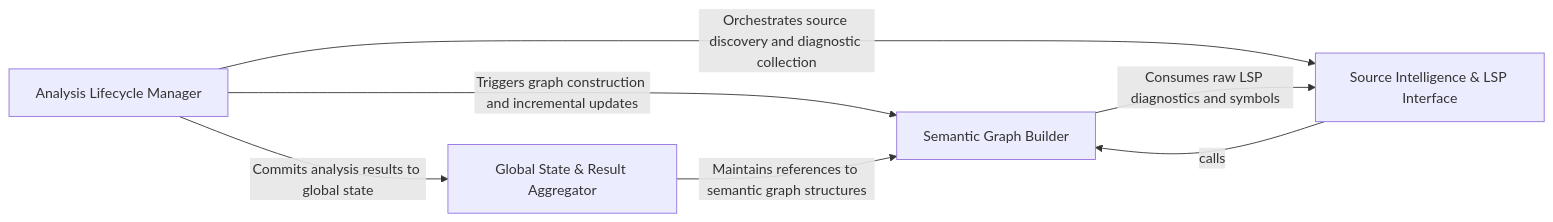
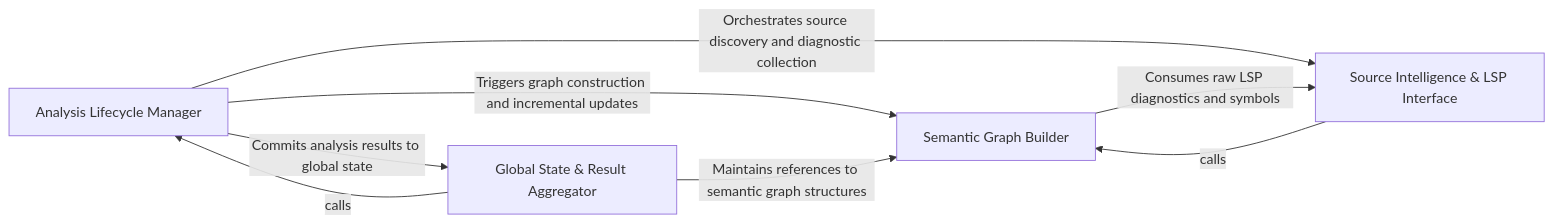
The diagram in .codeboarding/Analysis_Orchestrator.md (CodeBoarding/CodeBoarding), drawn with Mermaid before and after one commit. The commit also changed other lines of this file and 62 other files, not shown here.

Commit message:
chore(codeboarding): sync architecture baseline

````diff
--- a/.codeboarding/Analysis_Orchestrator.md
+++ b/.codeboarding/Analysis_Orchestrator.md
@@ -1,17 +1,18 @@
 ```mermaid
 graph LR
     Analysis_Lifecycle_Manager["Analysis Lifecycle Manager"]
     Source_Intelligence_LSP_Interface["Source Intelligence & LSP Interface"]
     Semantic_Graph_Builder["Semantic Graph Builder"]
     Global_State_Result_Aggregator["Global State & Result Aggregator"]
     Analysis_Lifecycle_Manager -- "Triggers graph construction and incremental updates" --> Semantic_Graph_Builder
     Analysis_Lifecycle_Manager -- "Orchestrates source discovery and diagnostic collection" --> Source_Intelligence_LSP_Interface
     Analysis_Lifecycle_Manager -- "Commits analysis results to global state" --> Global_State_Result_Aggregator
     Source_Intelligence_LSP_Interface -- "calls" --> Semantic_Graph_Builder
     Semantic_Graph_Builder -- "Consumes raw LSP diagnostics and symbols" --> Source_Intelligence_LSP_Interface
+    Global_State_Result_Aggregator -- "calls" --> Analysis_Lifecycle_Manager
     Global_State_Result_Aggregator -- "Maintains references to semantic graph structures" --> Semantic_Graph_Builder
     click Analysis_Lifecycle_Manager href "https://github.com/CodeBoarding/CodeBoarding/blob/main/.codeboarding/Analysis_Lifecycle_Manager.md" "Details"
     click Source_Intelligence_LSP_Interface href "https://github.com/CodeBoarding/CodeBoarding/blob/main/.codeboarding/Source_Intelligence_LSP_Interface.md" "Details"
     click Semantic_Graph_Builder href "https://github.com/CodeBoarding/CodeBoarding/blob/main/.codeboarding/Semantic_Graph_Builder.md" "Details"
     click Global_State_Result_Aggregator href "https://github.com/CodeBoarding/CodeBoarding/blob/main/.codeboarding/Global_State_Result_Aggregator.md" "Details"
 ```
````
